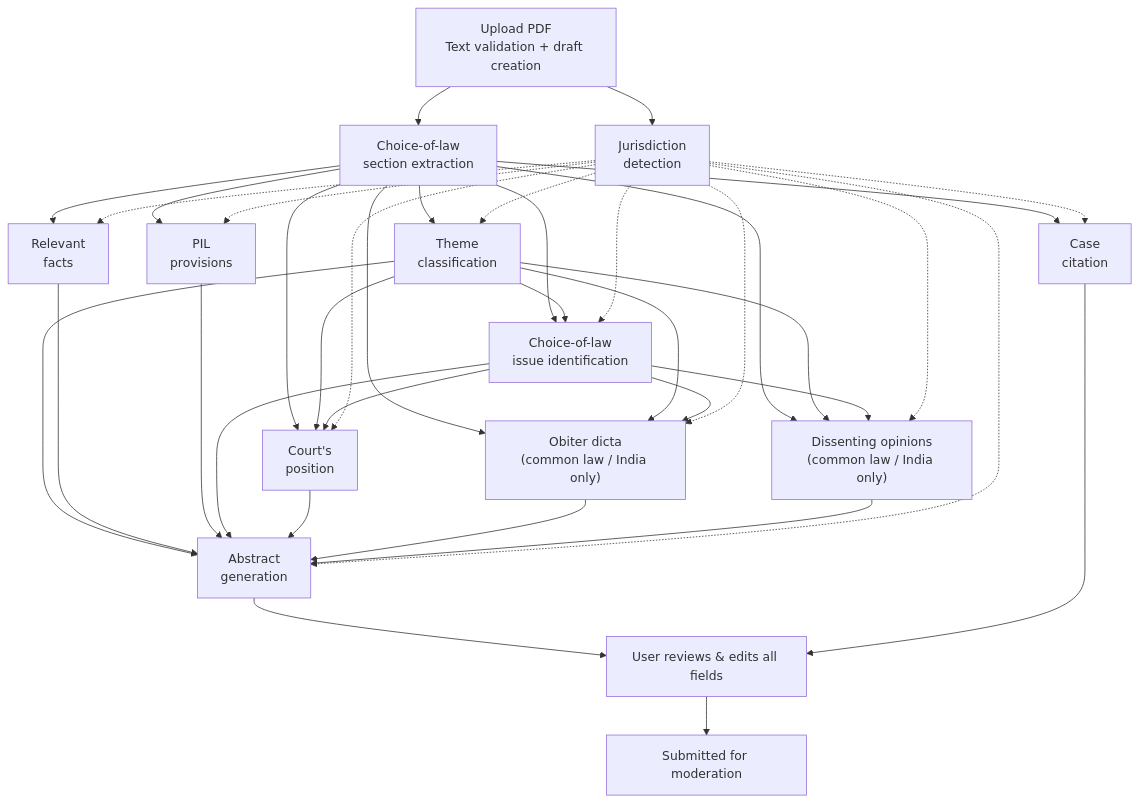
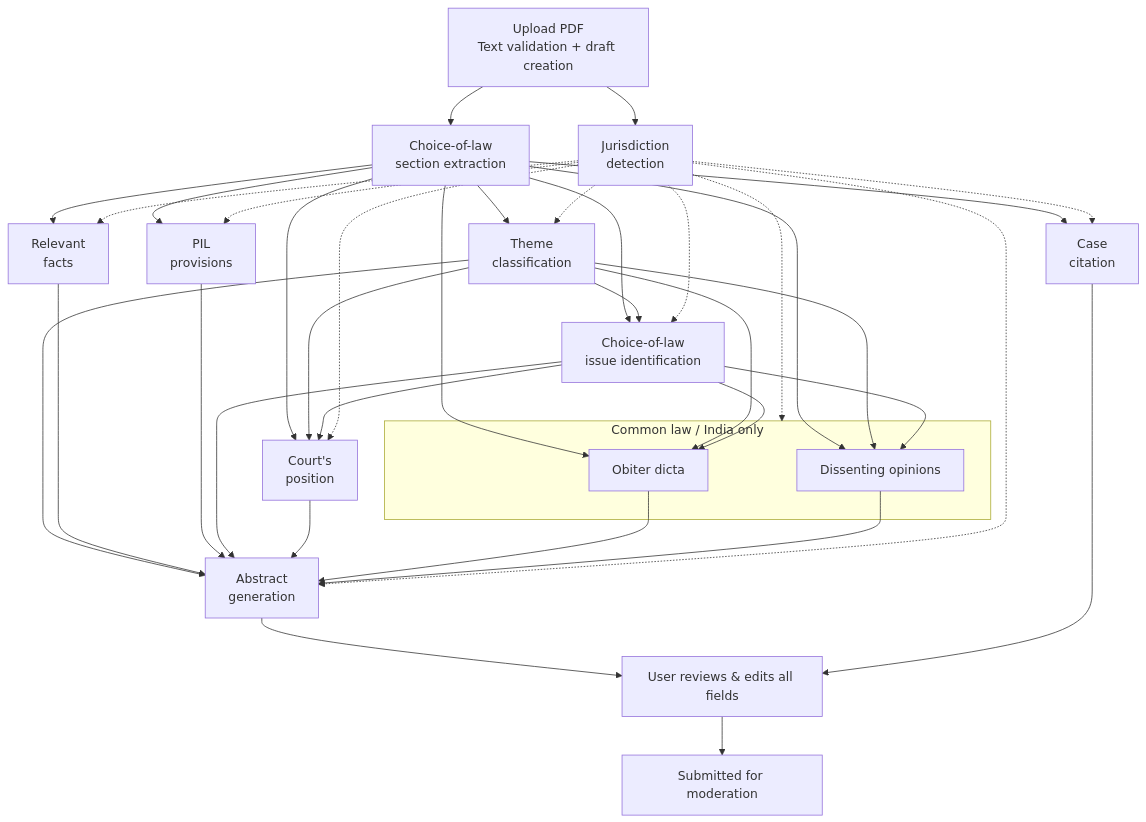
One commit to Choice-of-Law-Dataverse/cold-web-app changed the second of 2 diagrams in README.md. Above: the diagram before and after it, drawn with Mermaid.

Commit message:
docs: wrap obiter/dissent in a Common law / India subgraph
Group the two gated extractors visually instead of suffixing each
label with "(common law / India only)". Jurisdiction's dotted edge
now points at the subgraph as a whole, which reads as "this group is
gated by jurisdiction".

````diff
--- a/README.md
+++ b/README.md
@@ -91,49 +91,51 @@
 ```mermaid
 flowchart TD
     Upload["Upload PDF\nText validation + draft creation"]
     Upload --> Jur["Jurisdiction\ndetection"]
     Upload --> CoL["Choice-of-law\nsection extraction"]
 
     CoL --> Themes["Theme\nclassification"]
     CoL --> Citation["Case\ncitation"]
     CoL --> Facts["Relevant\nfacts"]
     CoL --> PIL["PIL\nprovisions"]
 
     Jur -.-> Themes
     Jur -.-> Citation
     Jur -.-> Facts
     Jur -.-> PIL
 
     CoL --> Issue["Choice-of-law\nissue identification"]
     Themes --> Issue
     Jur -.-> Issue
 
     CoL --> Position["Court's\nposition"]
     Themes --> Position
     Issue --> Position
+    Jur -.-> Position
 
-    CoL --> Obiter["Obiter dicta\n(common law / India only)"]
+    subgraph CommonLaw [Common law / India only]
+        Obiter["Obiter dicta"]
+        Dissent["Dissenting opinions"]
+    end
+
+    CoL --> Obiter
     Themes --> Obiter
     Issue --> Obiter
-
-    CoL --> Dissent["Dissenting opinions\n(common law / India only)"]
+    CoL --> Dissent
     Themes --> Dissent
     Issue --> Dissent
-
-    Jur -.-> Position
-    Jur -.-> Obiter
-    Jur -.-> Dissent
+    Jur -.-> CommonLaw
 
     Themes --> Abstract["Abstract\ngeneration"]
     Facts --> Abstract
     PIL --> Abstract
     Issue --> Abstract
     Position --> Abstract
     Obiter --> Abstract
     Dissent --> Abstract
     Jur -.-> Abstract
 
     Abstract --> Review["User reviews & edits all fields"]
     Citation --> Review
     Review --> Submit["Submitted for moderation"]
 ```
````
